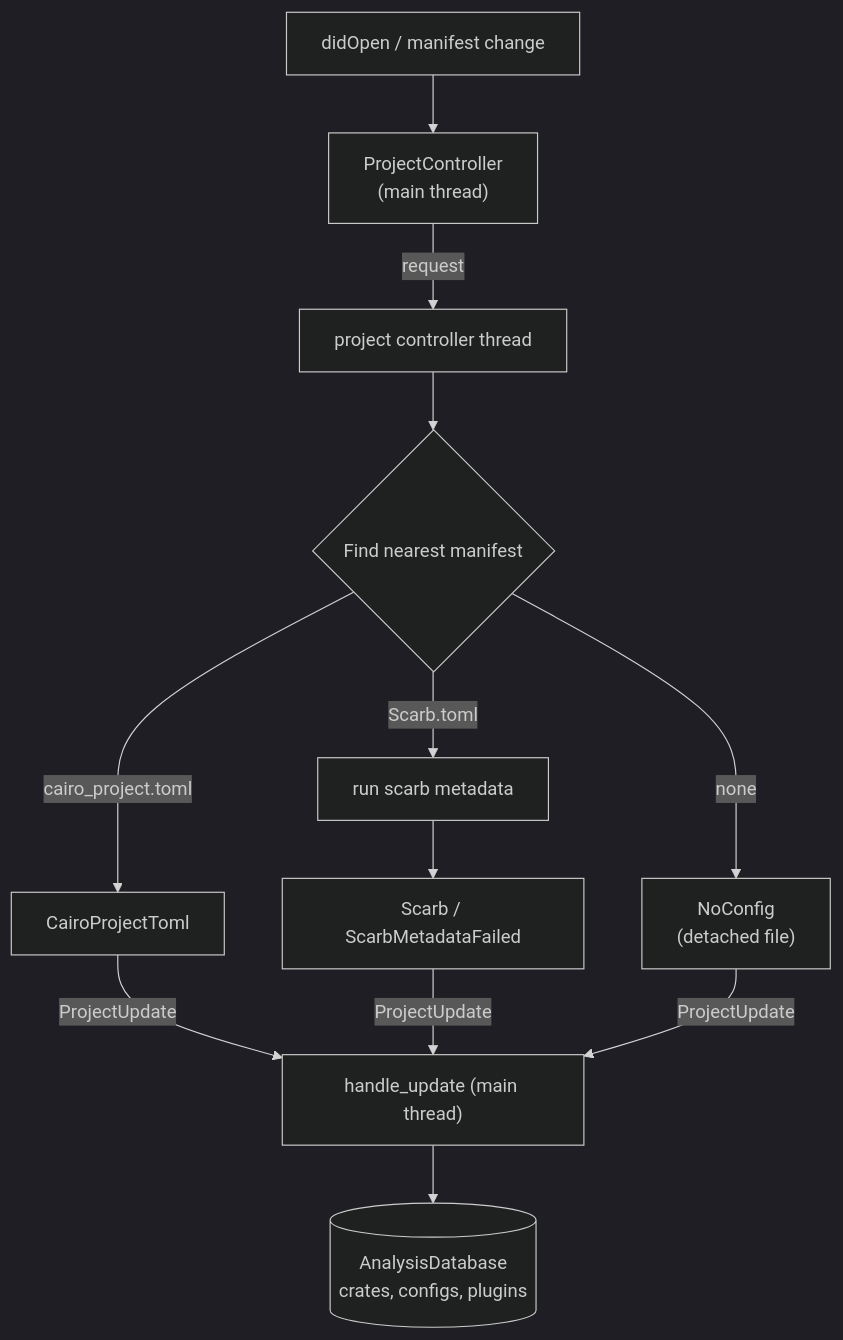
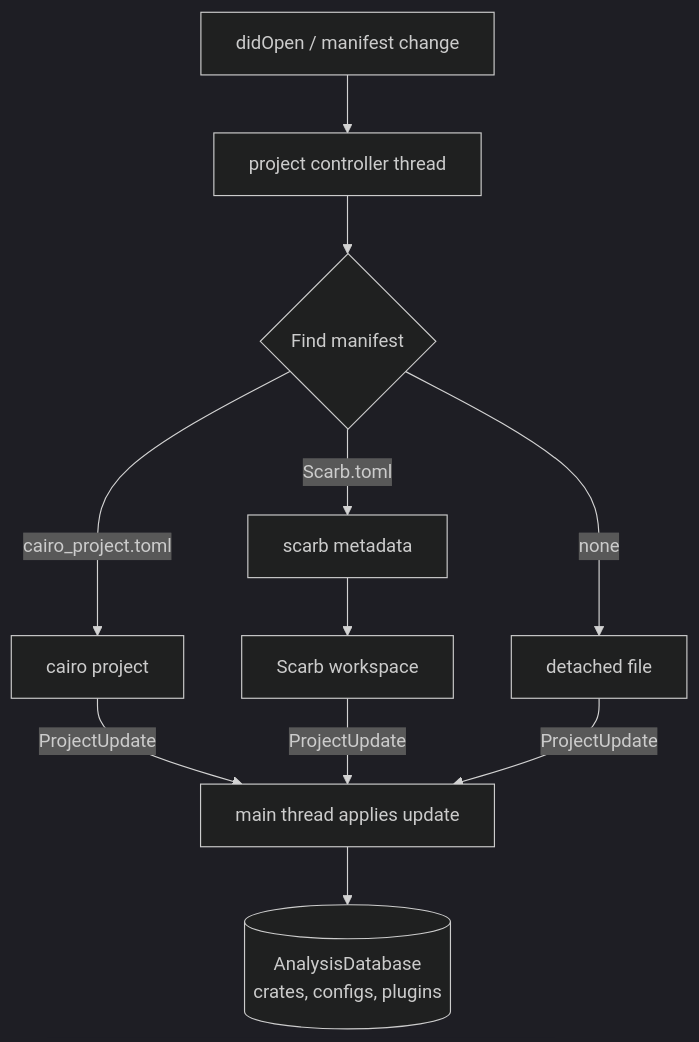
The fifth of 7 diagrams in ARCHITECTURE.md (software-mansion/cairols), drawn with Mermaid (dark theme) before and after one commit. The commit also changed other lines of this file, not shown here.

Commit message:
Adjustments and simplification of graphs

````diff
--- a/ARCHITECTURE.md
+++ b/ARCHITECTURE.md
@@ -141,12 +207,10 @@
 ```mermaid
 flowchart TB
-    open["didOpen / manifest change"] --> req["ProjectController<br/>(main thread)"]
-    req -- "request" --> thread["project controller thread"]
-    thread --> discover{"Find nearest manifest"}
-    discover -- "cairo_project.toml" --> cpt["CairoProjectToml"]
-    discover -- "Scarb.toml" --> sm["run scarb metadata"]
-    sm --> scarb["Scarb / ScarbMetadataFailed"]
-    discover -- "none" --> none["NoConfig<br/>(detached file)"]
-    cpt & scarb & none -- "ProjectUpdate" --> apply["handle_update (main thread)"]
+    open["didOpen / manifest change"] --> ctrl["project controller thread"]
+    ctrl --> discover{"Find manifest"}
+    discover -- "cairo_project.toml" --> cpt["cairo project"]
+    discover -- "Scarb.toml" --> sm["scarb metadata"] --> scarb["Scarb workspace"]
+    discover -- "none" --> none["detached file"]
+    cpt & scarb & none -- "ProjectUpdate" --> apply["main thread applies update"]
     apply --> db[("AnalysisDatabase<br/>crates, configs, plugins")]
 ```
````
